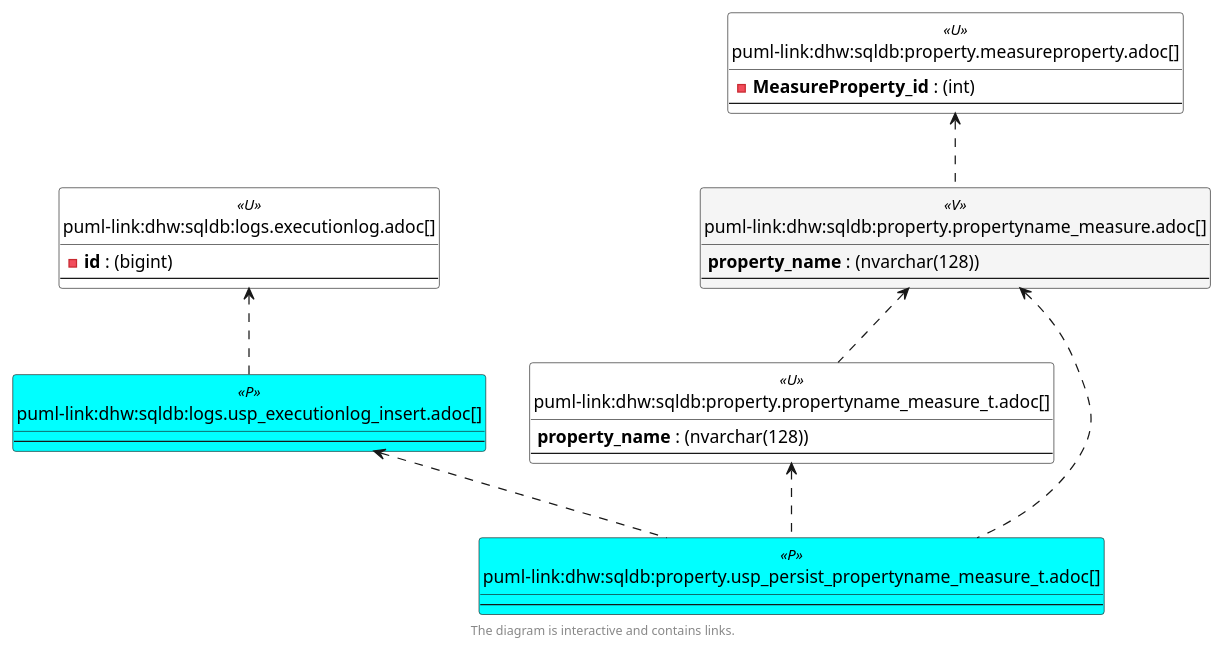
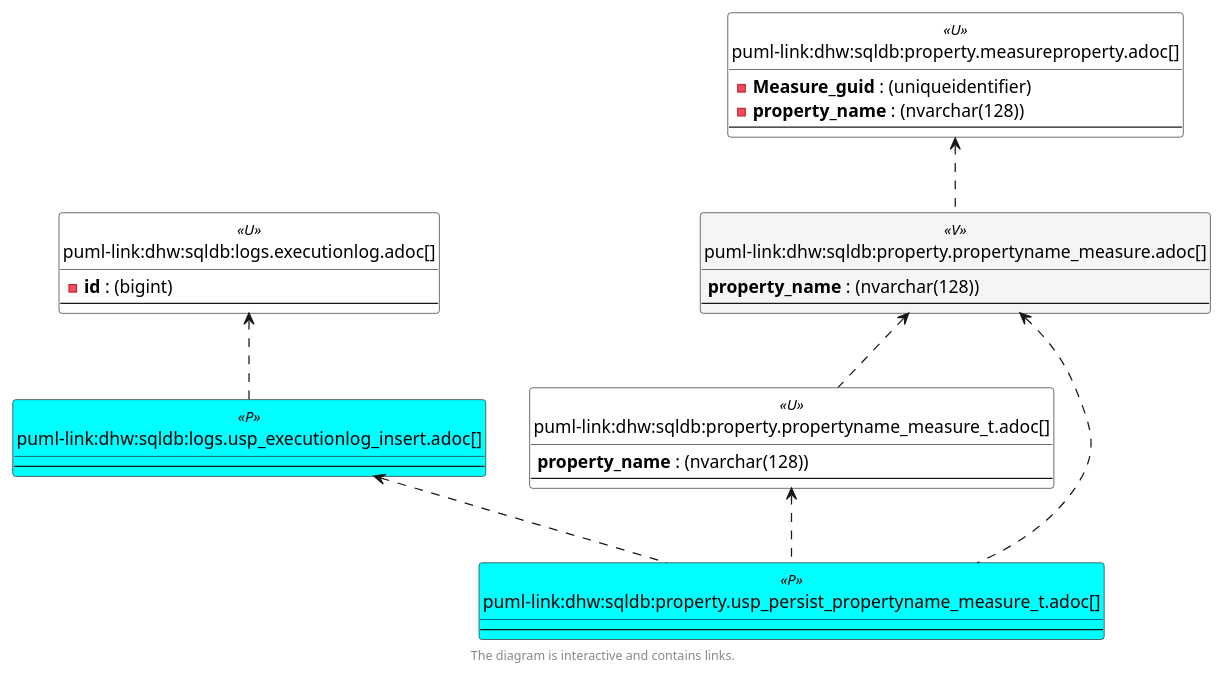
One commit to DataHandwerk/dhw-antora-sqldb changed the fourth of 6 diagrams in docs/modules/sqldb/partials/content/property.usp_persist_propertyname_measure_t.adoc. Above: the diagram before and after it, drawn with PlantUML. The commit also changed other lines of this file and 751 other files, not shown here.

```diff
--- a/docs/modules/sqldb/partials/content/property.usp_persist_propertyname_measure_t.adoc
+++ b/docs/modules/sqldb/partials/content/property.usp_persist_propertyname_measure_t.adoc
@@ -611,69 +611,70 @@
 [plantuml, entity_30_0_objectref-{docname}, svg, subs=macros]
 ....
 @startuml
 'Left to right direction
 top to bottom direction
 hide circle
 'avoide "." issues:
 set namespaceSeparator none
 
 
 skinparam class {
   BackgroundColor White
   BackgroundColor<<FN>> Yellow
   BackgroundColor<<FS>> Yellow
   BackgroundColor<<FT>> LightGray
   BackgroundColor<<IF>> Yellow
   BackgroundColor<<IS>> Yellow
   BackgroundColor<<P>>  Aqua
   BackgroundColor<<PC>> Aqua
   BackgroundColor<<SN>> Yellow
   BackgroundColor<<SO>> SlateBlue
   BackgroundColor<<TF>> LightGray
   BackgroundColor<<TR>> Tomato
   BackgroundColor<<U>>  White
   BackgroundColor<<V>>  WhiteSmoke
   BackgroundColor<<X>>  Aqua
   BackgroundColor<<external>> AliceBlue
 }
 
 
 entity "puml-link:dhw:sqldb:logs.executionlog.adoc[]" as logs.ExecutionLog << U >> {
   - **id** : (bigint)
   --
 }
 
 entity "puml-link:dhw:sqldb:logs.usp_executionlog_insert.adoc[]" as logs.usp_ExecutionLog_insert << P >> {
   --
 }
 
 entity "puml-link:dhw:sqldb:property.measureproperty.adoc[]" as property.MeasureProperty << U >> {
-  - **MeasureProperty_id** : (int)
+  - **Measure_guid** : (uniqueidentifier)
+  - **property_name** : (nvarchar(128))
   --
 }
 
 entity "puml-link:dhw:sqldb:property.propertyname_measure.adoc[]" as property.PropertyName_Measure << V >> {
   **property_name** : (nvarchar(128))
   --
 }
 
 entity "puml-link:dhw:sqldb:property.propertyname_measure_t.adoc[]" as property.PropertyName_Measure_T << U >> {
   **property_name** : (nvarchar(128))
   --
 }
 
 entity "puml-link:dhw:sqldb:property.usp_persist_propertyname_measure_t.adoc[]" as property.usp_PERSIST_PropertyName_Measure_T << P >> {
   --
 }
 
 logs.ExecutionLog <.. logs.usp_ExecutionLog_insert
 logs.usp_ExecutionLog_insert <.. property.usp_PERSIST_PropertyName_Measure_T
 property.MeasureProperty <.. property.PropertyName_Measure
 property.PropertyName_Measure <.. property.PropertyName_Measure_T
 property.PropertyName_Measure <.. property.usp_PERSIST_PropertyName_Measure_T
 property.PropertyName_Measure_T <.. property.usp_PERSIST_PropertyName_Measure_T
 
 footer The diagram is interactive and contains links.
 
 @enduml
 ....
```
